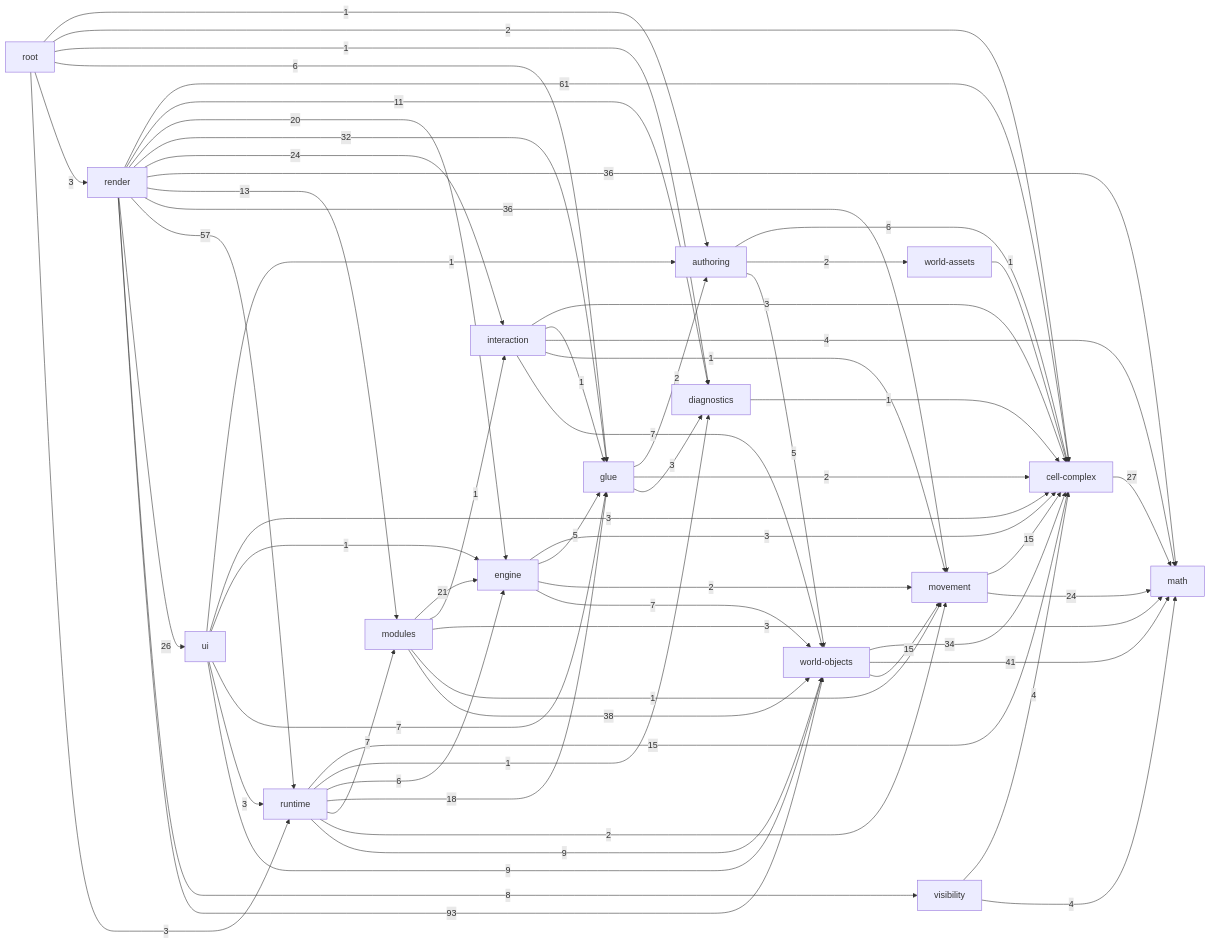
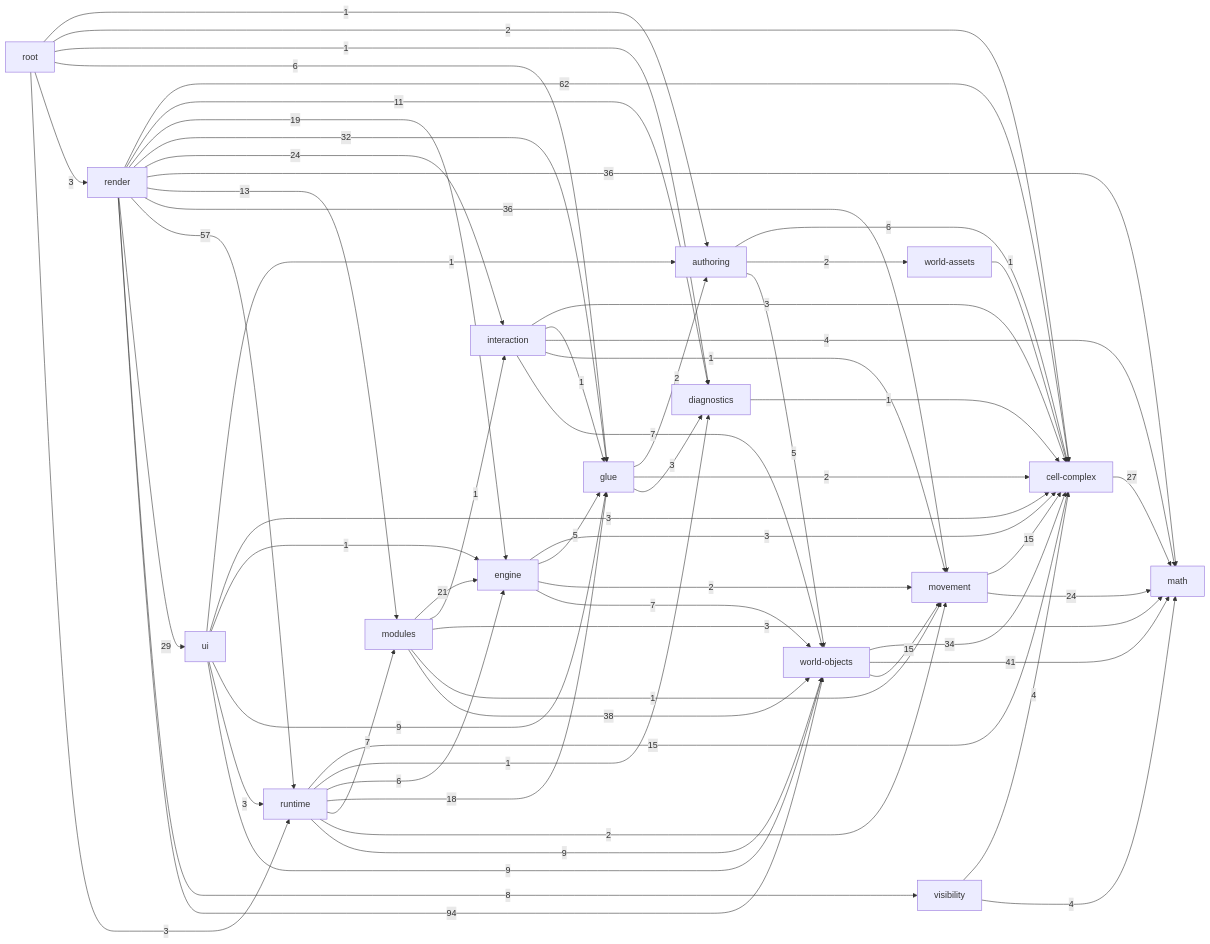
The diagram in _docs/generated/ARCHITECTURE_REFERENCE.md (guraltsev/noneuclid-fpv), drawn with Mermaid before and after one commit. The commit also changed other lines of this file and 35 other files, not shown here.

````diff
--- a/_docs/generated/ARCHITECTURE_REFERENCE.md
+++ b/_docs/generated/ARCHITECTURE_REFERENCE.md
@@ -37,80 +37,80 @@
 ```mermaid
 flowchart LR
   math["math"]
   cell_complex["cell-complex"]
   diagnostics["diagnostics"]
   visibility["visibility"]
   movement["movement"]
   world_assets["world-assets"]
   world_objects["world-objects"]
   authoring["authoring"]
   glue["glue"]
   interaction["interaction"]
   engine["engine"]
   modules["modules"]
   runtime["runtime"]
   ui["ui"]
   render["render"]
   root["root"]
   authoring -->|6| cell_complex
   authoring -->|2| world_assets
   authoring -->|5| world_objects
   cell_complex -->|27| math
   diagnostics -->|1| cell_complex
   engine -->|3| cell_complex
   engine -->|5| glue
   engine -->|2| movement
   engine -->|7| world_objects
   glue -->|2| authoring
   glue -->|2| cell_complex
   glue -->|3| diagnostics
   interaction -->|3| cell_complex
   interaction -->|1| glue
   interaction -->|4| math
   interaction -->|1| movement
   interaction -->|7| world_objects
   modules -->|21| engine
   modules -->|1| interaction
   modules -->|3| math
   modules -->|1| movement
   modules -->|38| world_objects
   movement -->|15| cell_complex
   movement -->|24| math
-  render -->|61| cell_complex
+  render -->|62| cell_complex
   render -->|11| diagnostics
-  render -->|20| engine
+  render -->|19| engine
   render -->|32| glue
   render -->|24| interaction
   render -->|36| math
   render -->|13| modules
   render -->|36| movement
   render -->|57| runtime
-  render -->|26| ui
+  render -->|29| ui
   render -->|8| visibility
-  render -->|93| world_objects
+  render -->|94| world_objects
   root -->|1| authoring
   root -->|2| cell_complex
   root -->|1| diagnostics
   root -->|6| glue
   root -->|3| render
   root -->|3| runtime
   runtime -->|15| cell_complex
   runtime -->|1| diagnostics
   runtime -->|6| engine
   runtime -->|18| glue
   runtime -->|7| modules
   runtime -->|2| movement
   runtime -->|9| world_objects
   ui -->|1| authoring
   ui -->|3| cell_complex
   ui -->|1| engine
-  ui -->|7| glue
+  ui -->|9| glue
   ui -->|3| runtime
   ui -->|9| world_objects
   visibility -->|4| cell_complex
   visibility -->|4| math
   world_assets -->|1| cell_complex
   world_objects -->|34| cell_complex
   world_objects -->|41| math
   world_objects -->|15| movement
 ```
````
